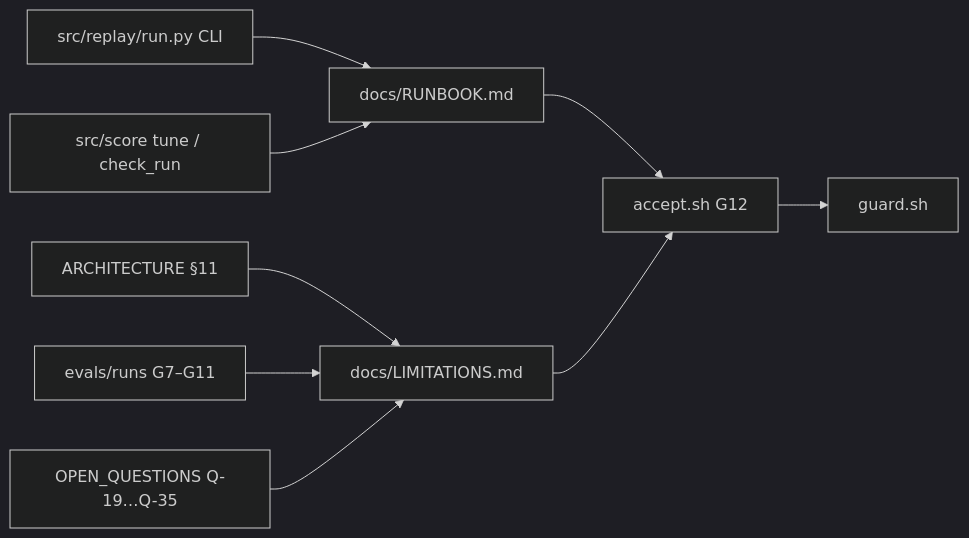
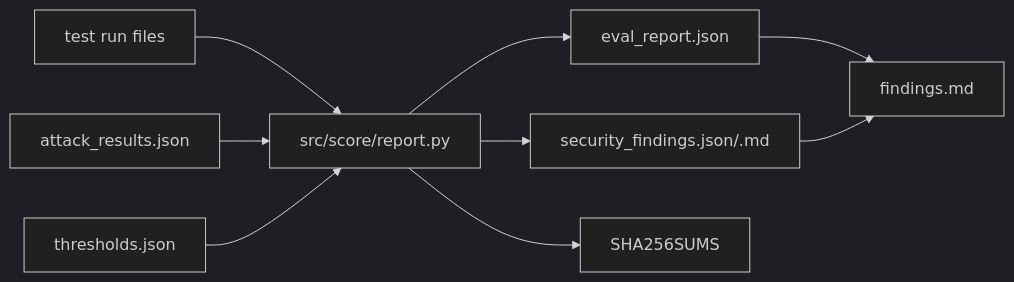
The diagram in .ai/REVIEW.md (beyondalgorithms2026-source/support-triage-n8n), drawn with Mermaid (dark theme) before and after one commit. The commit also changed other lines of this file and 10 other files, not shown here.

First line of the commit message:
T4-13: Security findings table and eval report

````diff
--- a/.ai/REVIEW.md
+++ b/.ai/REVIEW.md
@@ -10,11 +8,11 @@
 ```mermaid
 flowchart LR
-  A["ARCHITECTURE §11"] --> L["docs/LIMITATIONS.md"]
-  R["evals/runs G7–G11"] --> L
-  Q["OPEN_QUESTIONS Q-19…Q-35"] --> L
-  C["src/replay/run.py CLI"] --> B["docs/RUNBOOK.md"]
-  T["src/score tune / check_run"] --> B
-  B --> X["accept.sh G12"]
-  L --> X
-  X --> G["guard.sh"]
+  T[test run files] --> R[src/score/report.py]
+  A[attack_results.json] --> R
+  H[thresholds.json] --> R
+  R --> E[eval_report.json]
+  R --> S[security_findings.json/.md]
+  R --> X[SHA256SUMS]
+  E --> F[findings.md]
+  S --> F
 ```
````
